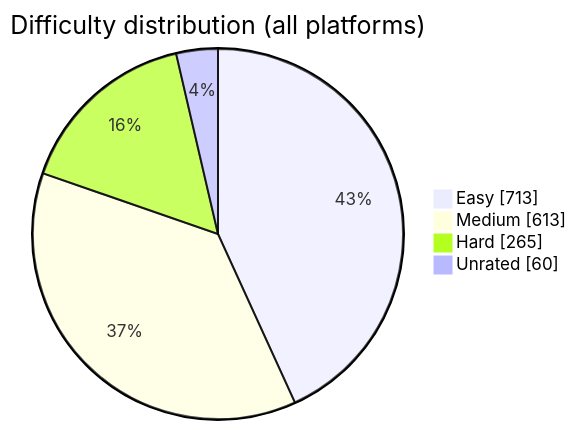
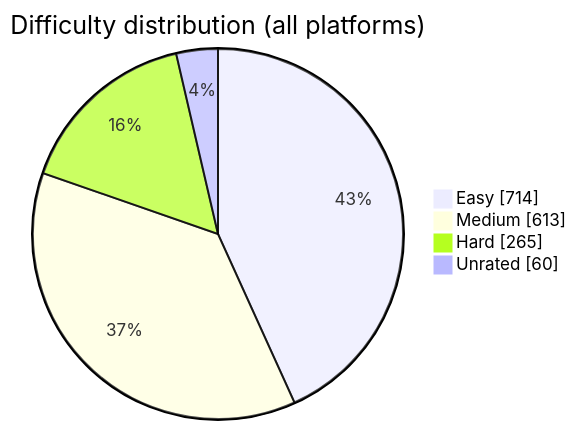
The diagram in README.md (BuildbyArindam/Daily-Coding-Log), drawn with Mermaid before and after one commit. The commit also changed other lines of this file, not shown here.

````diff
--- a/README.md
+++ b/README.md
@@ -93,7 +93,7 @@
 ```mermaid
 pie showData title Difficulty distribution (all platforms)
-    "Easy" : 713
+    "Easy" : 714
     "Medium" : 613
     "Hard" : 265
     "Unrated" : 60
 ```
````
